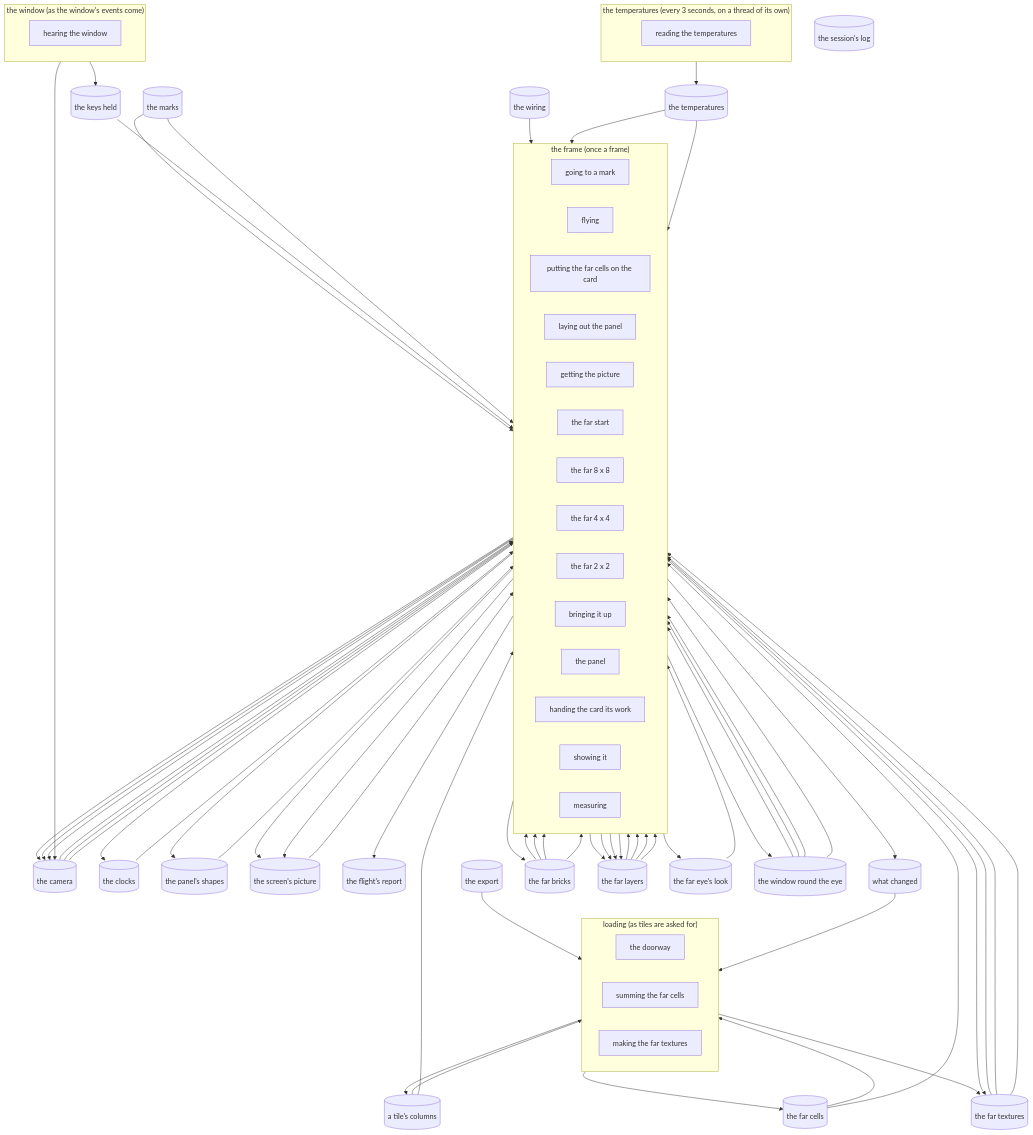
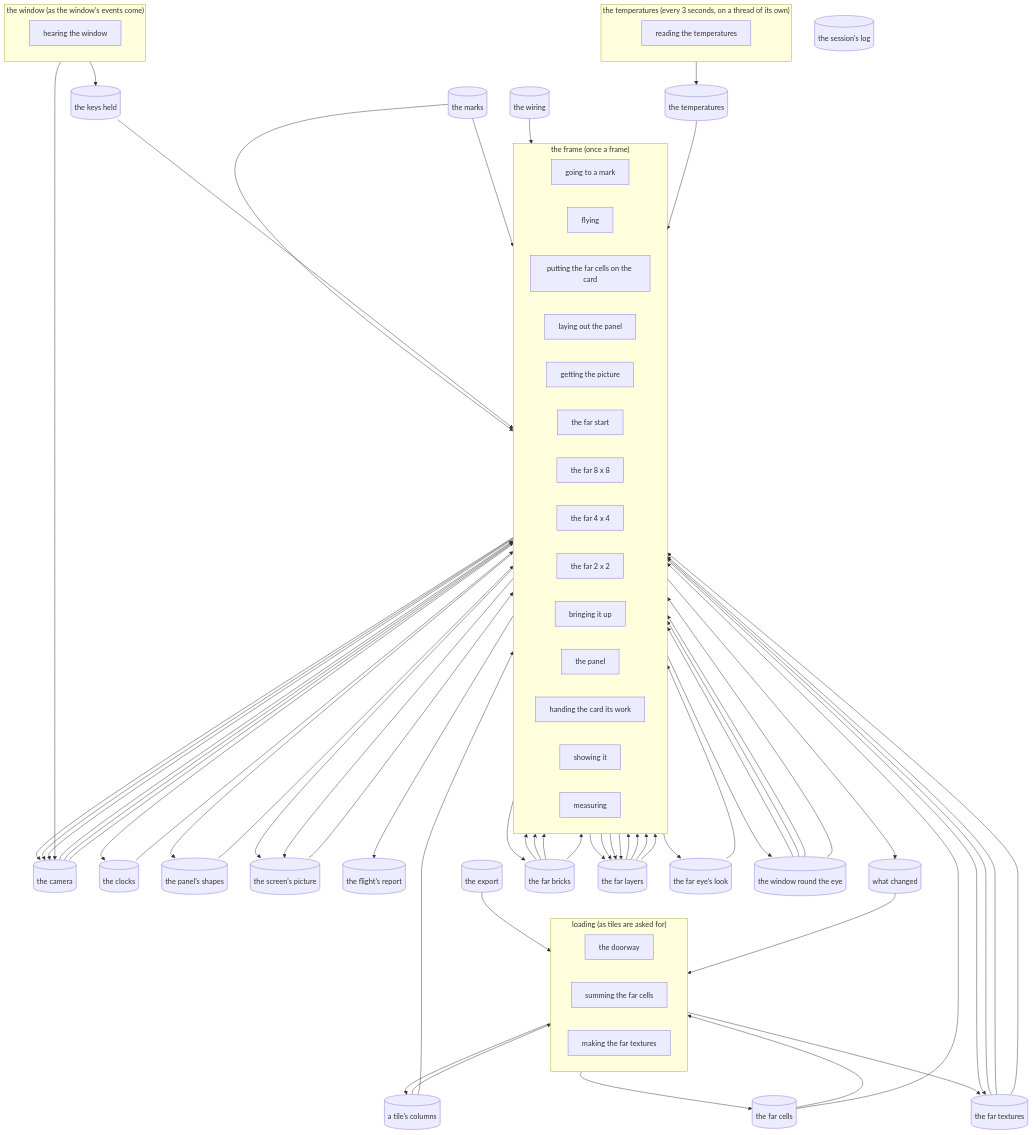
Before and after one commit to david138collins/incus-artus: the diagram in master/map.md, drawn with Mermaid. The commit also changed other lines of this file and 4 other files, not shown here.

```diff
--- a/master/map.md
+++ b/master/map.md
@@ -77,7 +77,6 @@
   store_the_camera --> pass_laying_out_the_panel
   store_the_clocks --> pass_laying_out_the_panel
   store_the_wiring --> pass_laying_out_the_panel
-  store_the_temperatures --> pass_laying_out_the_panel
   pass_laying_out_the_panel --> store_the_panel_s_shapes
   pass_laying_out_the_panel --> store_the_camera
   pass_laying_out_the_panel --> store_the_far_eye_s_look
```
